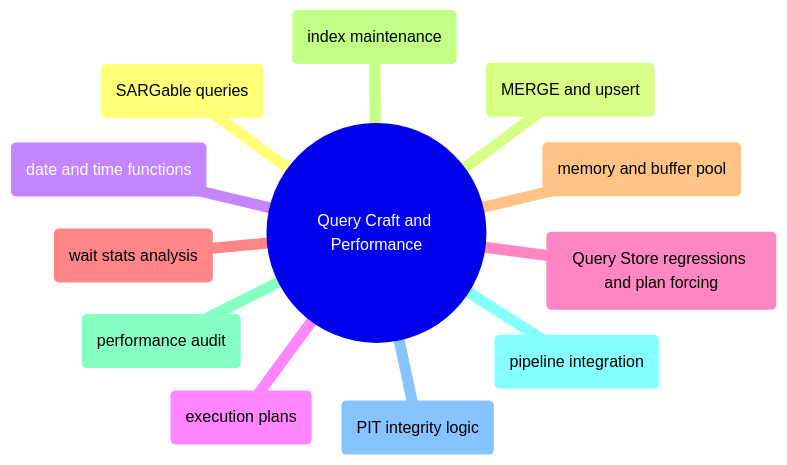
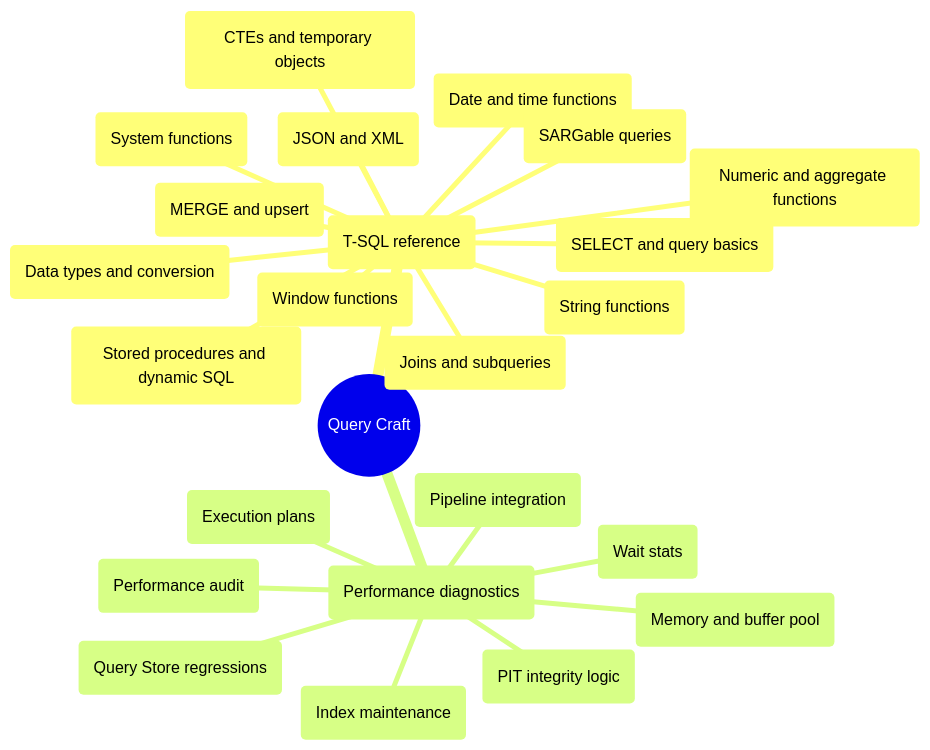
Before and after one commit to alp78/elysium: the diagram in content/04-SQL-Server/Domains/domain-query-craft.md, drawn with Mermaid. The commit also changed other lines of this file and 35 other files, not shown here.

````diff
--- a/content/04-SQL-Server/Domains/domain-query-craft.md
+++ b/content/04-SQL-Server/Domains/domain-query-craft.md
@@ -12,15 +16,27 @@
 ```mermaid
 mindmap
-  ((Query Craft and Performance))
-    (SARGable queries)
-    (MERGE and upsert)
-    (date and time functions)
-    (execution plans)
-    (Query Store regressions and plan forcing)
-    (wait stats analysis)
-    (memory and buffer pool)
-    (index maintenance)
-    (performance audit)
-    (pipeline integration)
-    (PIT integrity logic)
+  ((Query Craft))
+    (T-SQL reference)
+      (SELECT and query basics)
+      (Joins and subqueries)
+      (CTEs and temporary objects)
+      (Window functions)
+      (String functions)
+      (Data types and conversion)
+      (Numeric and aggregate functions)
+      (System functions)
+      (Stored procedures and dynamic SQL)
+      (JSON and XML)
+      (Date and time functions)
+      (SARGable queries)
+      (MERGE and upsert)
+    (Performance diagnostics)
+      (Execution plans)
+      (Query Store regressions)
+      (Wait stats)
+      (Memory and buffer pool)
+      (Index maintenance)
+      (Performance audit)
+      (Pipeline integration)
+      (PIT integrity logic)
 ```
````
